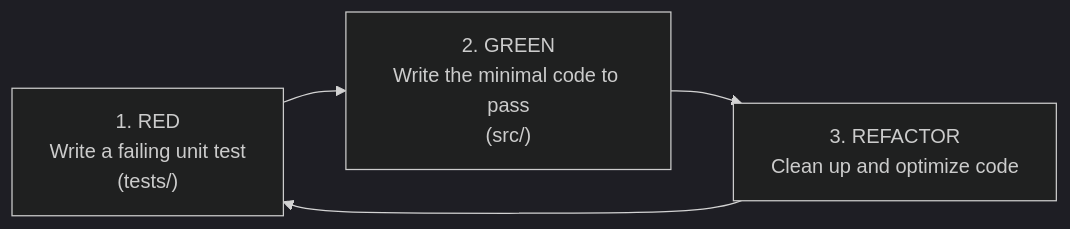
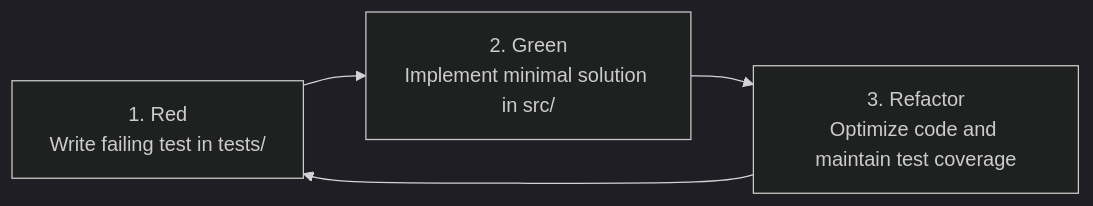
One commit to N3W3/delete_citations changed the second of 2 diagrams in README.md. Above: the diagram before and after it, drawn with Mermaid (dark theme). The commit also changed other lines of this file, not shown here.

````diff
--- a/README.md
+++ b/README.md
@@ -407,6 +426,6 @@
 ```mermaid
 flowchart LR
-    A["1. RED<br/>Write a failing unit test<br/>(tests/)"] --> B["2. GREEN<br/>Write the minimal code to pass<br/>(src/)"]
-    B --> C["3. REFACTOR<br/>Clean up and optimize code"]
+    A["1. Red<br/>Write failing test in tests/"] --> B["2. Green<br/>Implement minimal solution in src/"]
+    B --> C["3. Refactor<br/>Optimize code and maintain test coverage"]
     C --> A
 ```
````
